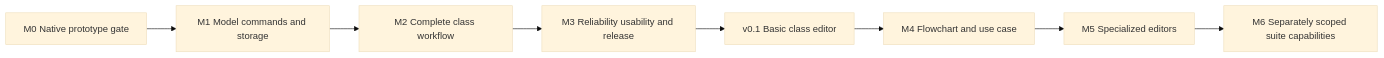
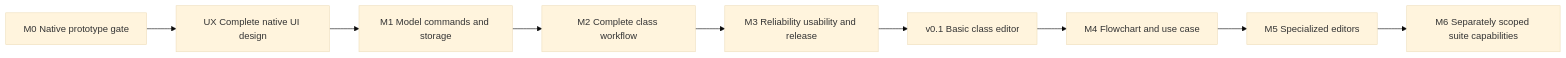
The diagram in plan-rust-diagram-editor/RUST-ROADMAP.md (DAWAS00/Diagrams), drawn with Mermaid (base theme) before and after one commit. The commit also changed other lines of this file and 10 other files, not shown here.

First line of the commit message:
docs: add complete native UI plan and UX milestone with 18 UI tasks

````diff
--- a/plan-rust-diagram-editor/RUST-ROADMAP.md
+++ b/plan-rust-diagram-editor/RUST-ROADMAP.md
@@ -7,10 +7,11 @@
 ```mermaid
 flowchart LR
-    M0[M0 Native prototype gate] --> M1[M1 Model commands and storage]
+    M0[M0 Native prototype gate] --> UX[UX Complete native UI design]
+    UX --> M1[M1 Model commands and storage]
     M1 --> M2[M2 Complete class workflow]
     M2 --> M3[M3 Reliability usability and release]
     M3 --> V1[v0.1 Basic class editor]
     V1 --> M4[M4 Flowchart and use case]
     M4 --> M5[M5 Specialized editors]
     M5 --> M6[M6 Separately scoped suite capabilities]
 ```
````
